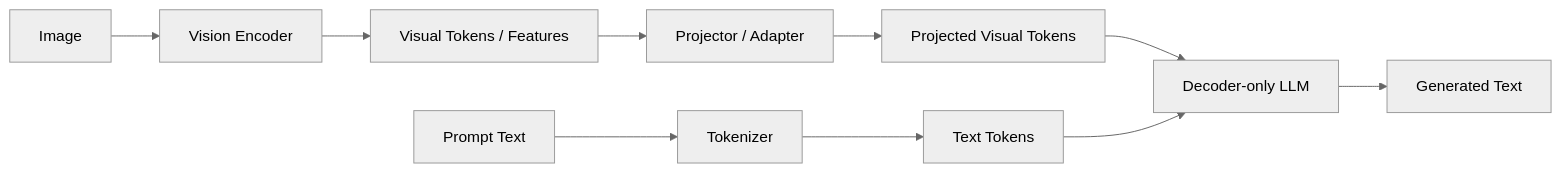
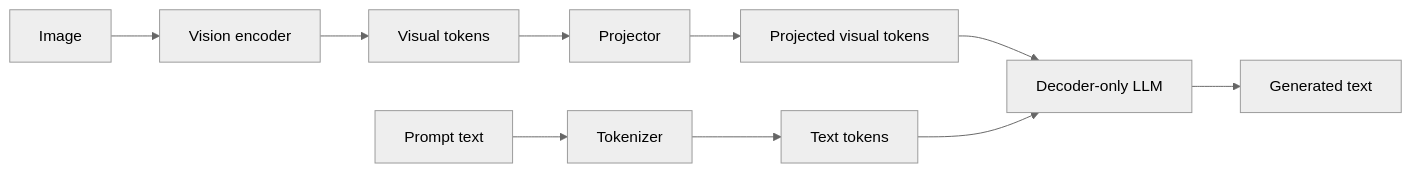
One commit to b-io/vlm-inference-lab changed the third of 5 diagrams in docs/multimodal/vlm_architectures_and_basics.md. Above: the diagram before and after it, drawn with Mermaid (neutral theme). The commit also changed other lines of this file and 6 other files, not shown here.

First line of the commit message:
docs: update VLM architectures, knowledge distillation, and fix LaTeX rendering

````diff
--- a/docs/multimodal/vlm_architectures_and_basics.md
+++ b/docs/multimodal/vlm_architectures_and_basics.md
@@ -233,12 +213,12 @@
 ```mermaid
 flowchart LR
-    I[Image] --> VE[Vision Encoder]
-    VE --> VT[Visual Tokens / Features]
-    VT --> P[Projector / Adapter]
-    P --> MMT[Projected Visual Tokens]
-    T[Prompt Text] --> TOK[Tokenizer]
-    TOK --> TXT[Text Tokens]
-    MMT --> LLM[Decoder-only LLM]
-    TXT --> LLM
-    LLM --> OUT[Generated Text]
+    I[Image] --> VE[Vision encoder]
+    VE --> VT[Visual tokens]
+    VT --> P[Projector]
+    P --> ZV[Projected visual tokens]
+    T[Prompt text] --> TOK[Tokenizer]
+    TOK --> XT[Text tokens]
+    ZV --> LLM[Decoder-only LLM]
+    XT --> LLM
+    LLM --> OUT[Generated text]
 ```
````
